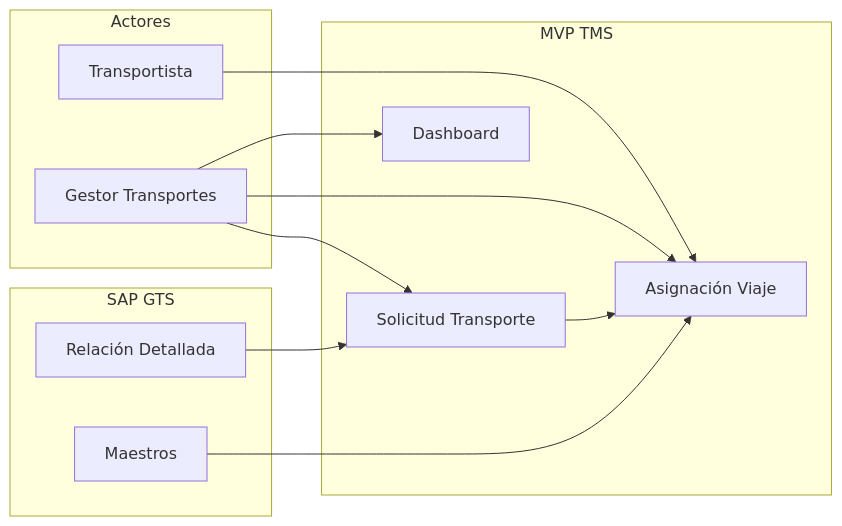
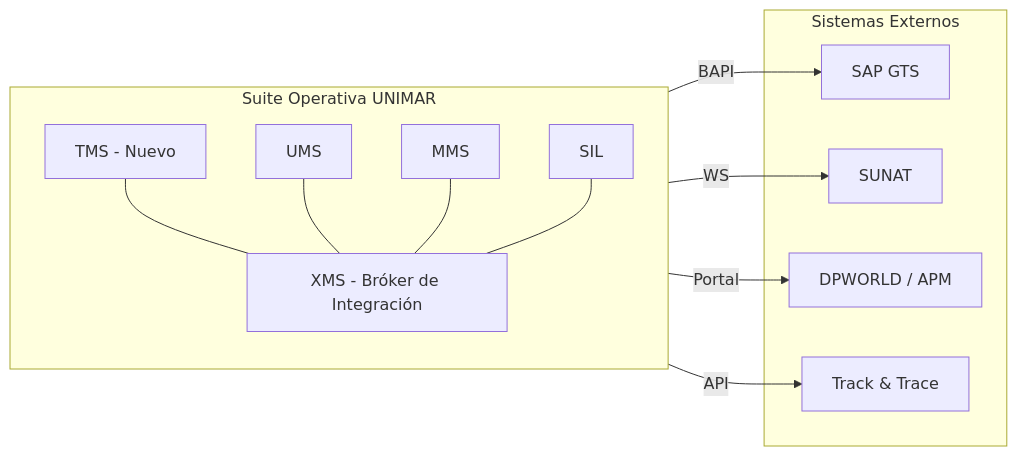
Before and after one commit to beyondnetPeru/unimar_tms: the first of 4 diagrams in _bmad-output/planning-artifacts/prd-sistema-gestion-transportes.es.md, drawn with Mermaid. The commit also changed other lines of this file, not shown here.

Commit message:
fix: posicionar TMS dentro de la Suite Operativa UNIMAR
- Resumen ejecutivo: TMS como nuevo dominio de la Suite Operativa
- Contexto: referencia al ecosistema UMS/MMS/SIL + bróker XMS
- Mapa conceptual: integrar Suite Operativa y XMS
- Trazabilidad: contratos de integración vía XMS en fase de arquitectura

````diff
--- a/_bmad-output/planning-artifacts/prd-sistema-gestion-transportes.es.md
+++ b/_bmad-output/planning-artifacts/prd-sistema-gestion-transportes.es.md
@@ -68,26 +68,27 @@
 ```mermaid
 flowchart LR
-    subgraph SAP[SAP GTS]
-        RD[Relación Detallada]
-        MD[Maestros]
+    subgraph SUITE[Suite Operativa UNIMAR]
+        direction TB
+        XMS[XMS - Bróker de Integración]
+        UMS[UMS]
+        MMS[MMS]
+        SIL[SIL]
+        TMS[TMS - Nuevo]
     end
 
-    subgraph MVP[MVP TMS]
-        ST[Solicitud Transporte]
-        VJ[Asignación Viaje]
-        DSH[Dashboard]
+    subgraph EXT[Sistemas Externos]
+        SAP[SAP GTS]
+        SUNAT
+        DPW[DPWORLD / APM]
+        TT[Track & Trace]
     end
 
-    subgraph ACT[Actores]
-        GT[Gestor Transportes]
-        TR[Transportista]
-    end
-
-    RD --> ST
-    MD --> VJ
-    ST --> VJ
-    GT --> DSH
-    GT --> ST
-    GT --> VJ
-    TR --> VJ
+    TMS --- XMS
+    UMS --- XMS
+    MMS --- XMS
+    SIL --- XMS
+    TMS -->|BAPI| SAP
+    TMS -->|WS| SUNAT
+    TMS -->|Portal| DPW
+    TMS -->|API| TT
 ```
````
